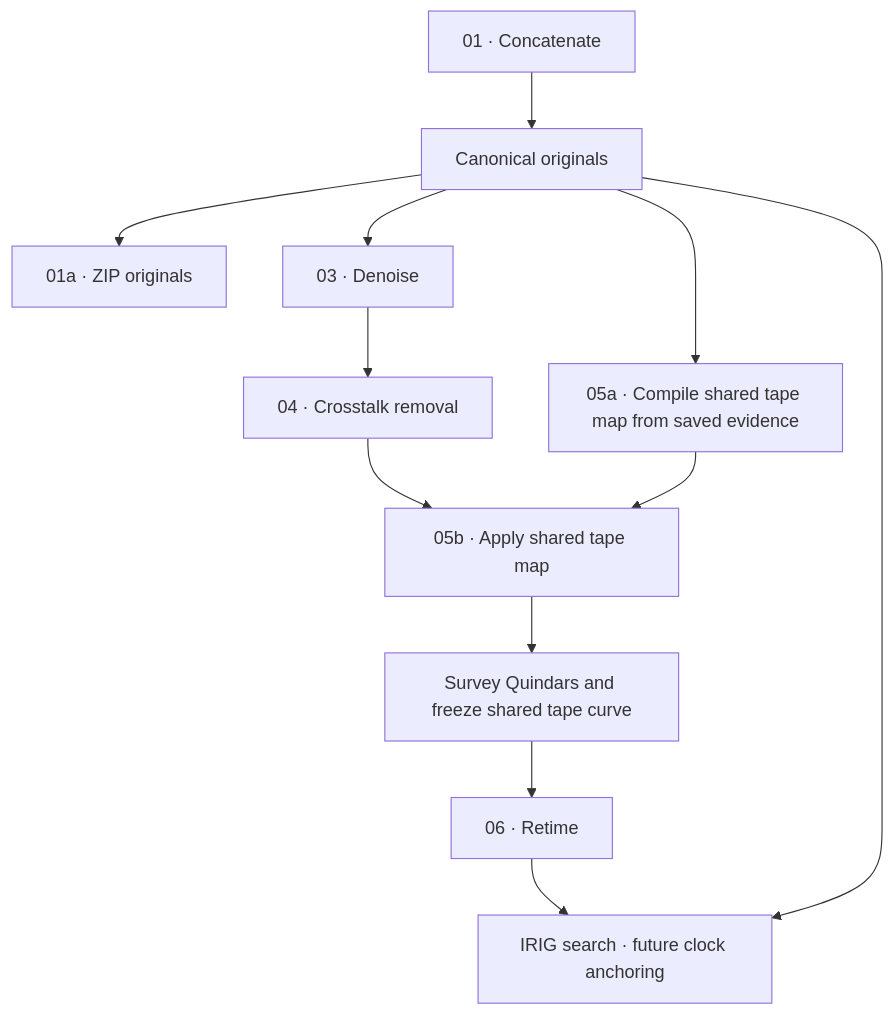
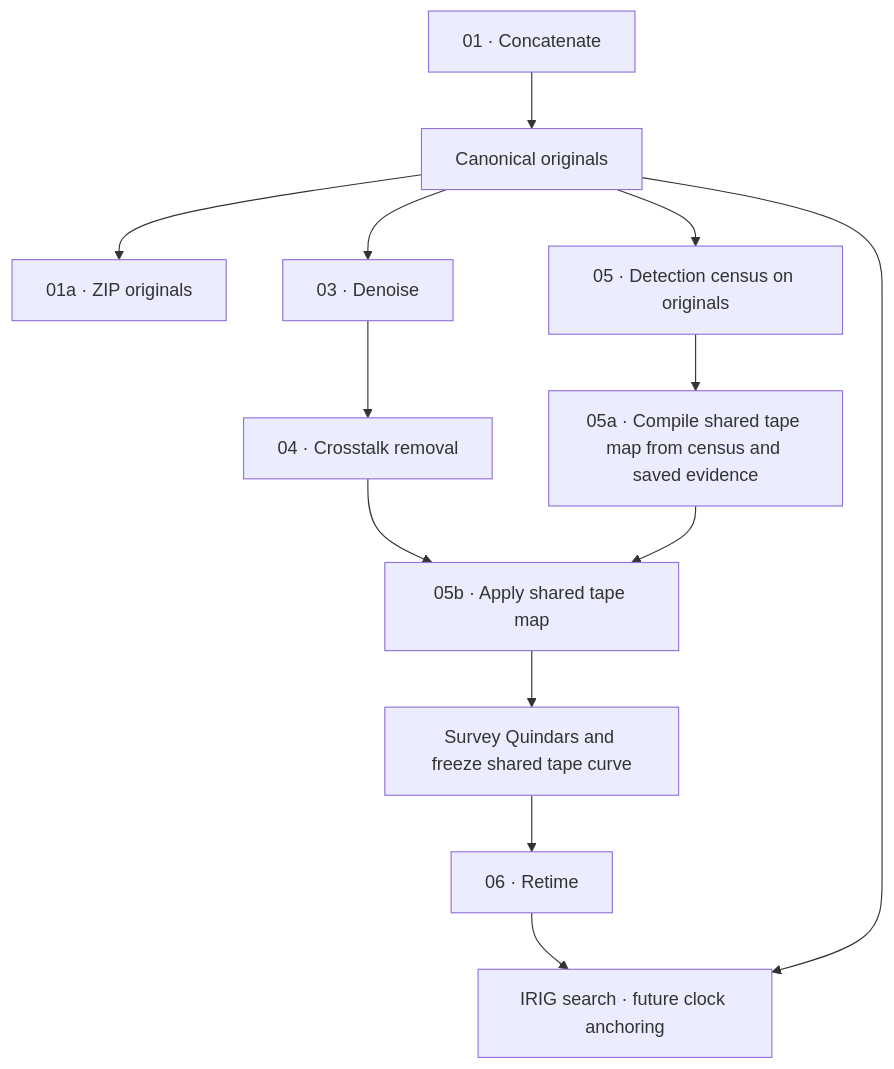
Before and after one commit to bfeist/Apollo_15: the diagram in README.md, drawn with Mermaid. The commit also changed other lines of this file and 163 other files, not shown here.

Commit message:
Add flutter detection census stage and retire legacy research

````diff
--- a/README.md
+++ b/README.md
@@ -51,14 +49,15 @@
 ```mermaid
 flowchart TD
     A[01 · Concatenate] --> B[Canonical originals]
     B --> C[01a · ZIP originals]
     B --> D[03 · Denoise]
-    B --> E[05a · Compile shared tape map from saved evidence]
+    B --> K[05 · Detection census on originals]
+    K --> E[05a · Compile shared tape map from census and saved evidence]
     D --> X[04 · Crosstalk removal]
     X --> F[05b · Apply shared tape map]
     E --> F
     F --> G[Survey Quindars and freeze shared tape curve]
     G --> H[06 · Retime]
     H --> I[07 · Speech normalization]
     B --> I[IRIG search · future clock anchoring]
 ```
````
